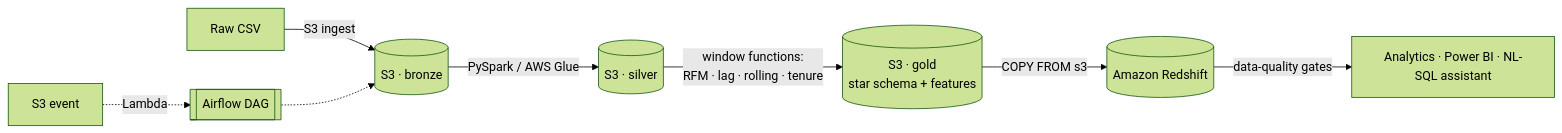
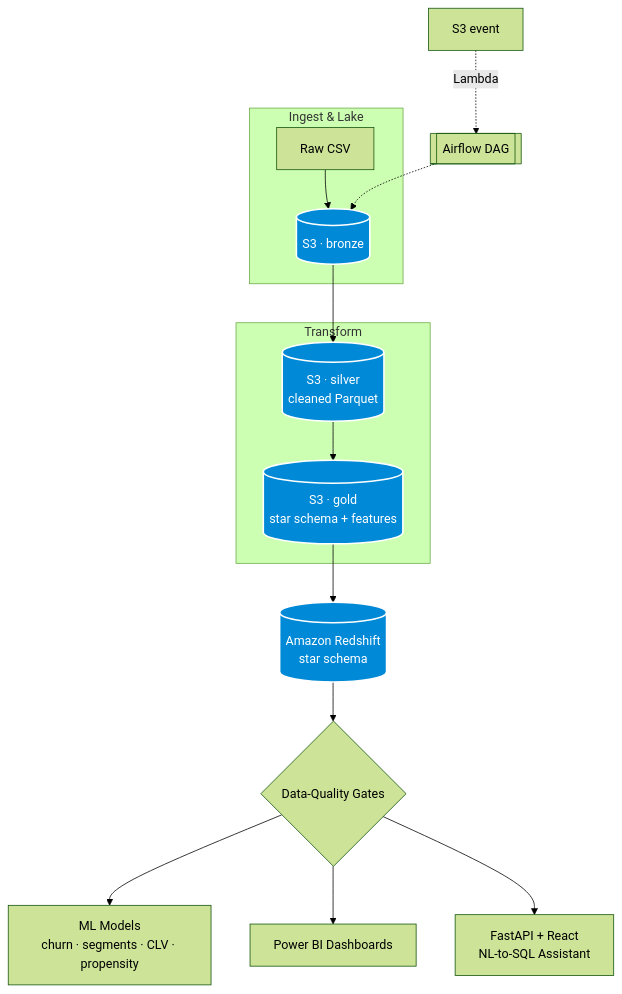
Before and after one commit to KAISTACK07/FinSight-360: the first of 2 diagrams in README.md, drawn with Mermaid (forest theme). The commit also changed other lines of this file, not shown here.

First line of the commit message:
docs: interactive README with badges, collapsible sections, and diagrams (#2)

````diff
--- a/README.md
+++ b/README.md
@@ -34,9 +74,19 @@
 ```mermaid
-flowchart LR
-    A[Raw CSV] -->|S3 ingest| B[(S3 · bronze)]
-    B -->|PySpark / AWS Glue| C[(S3 · silver)]
-    C -->|window functions:<br/>RFM · lag · rolling · tenure| D[(S3 · gold<br/>star schema + features)]
-    D -->|COPY FROM s3| E[(Amazon Redshift)]
-    E -->|data-quality gates| F[Analytics · Power BI · NL-SQL assistant]
+flowchart TD
+    subgraph Ingest & Lake
+        A[Raw CSV] --> B[(S3 · bronze)]
+    end
+    subgraph Transform
+        B --> C[(S3 · silver<br/>cleaned Parquet)]
+        C --> D[(S3 · gold<br/>star schema + features)]
+    end
+    D --> E[(Amazon Redshift<br/>star schema)]
+    E --> Q{Data-Quality Gates}
+    Q --> ML[ML Models<br/>churn · segments · CLV · propensity]
+    Q --> BI[Power BI Dashboards]
+    Q --> AI[FastAPI + React<br/>NL-to-SQL Assistant]
     EVT[S3 event] -.->|Lambda| ORCH[[Airflow DAG]] -.-> B
+
+    classDef store fill:#0089D6,stroke:#fff,stroke-width:2px,color:#fff;
+    class B,C,D,E store;
 ```
````
